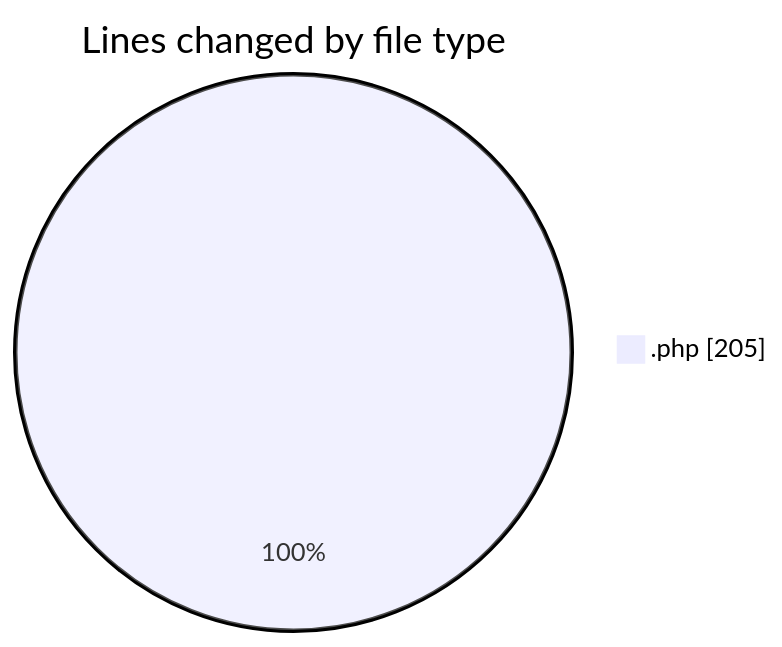
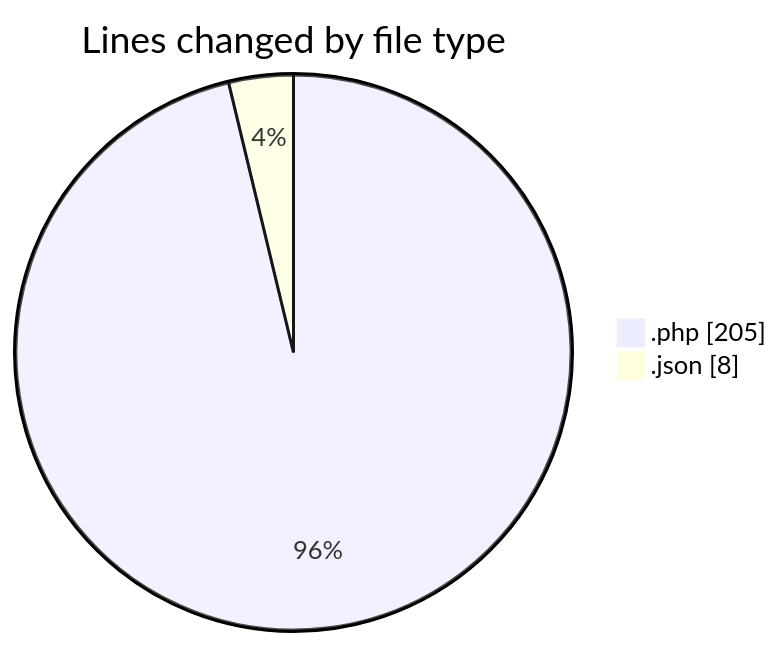
The first of 2 diagrams in 2026-07-03/wp-content/README.md (debugP/code-tracking), drawn with Mermaid before and after one commit. The commit also changed other lines of this file and 1 other file, not shown here.

````diff
--- a/2026-07-03/wp-content/README.md
+++ b/2026-07-03/wp-content/README.md
@@ -21,5 +22,6 @@
 ```mermaid
 pie showData
 title Lines changed by file type
 ".php" : 205
+".json" : 8
 ```
````
